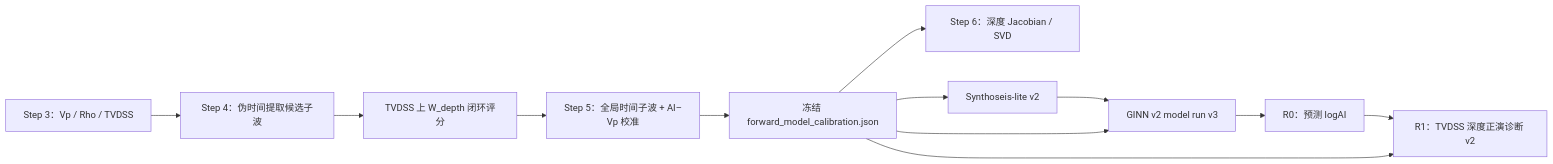
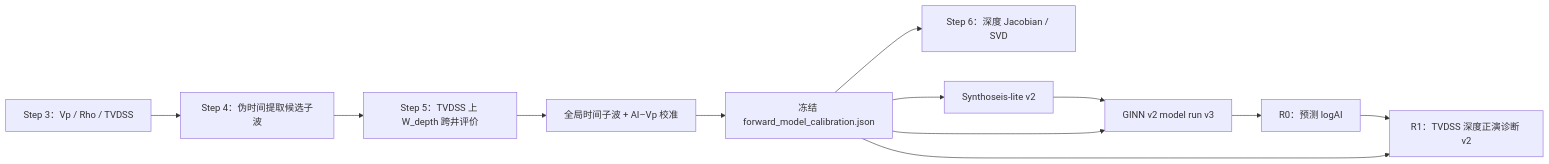
Before and after one commit to oimero/inversion_workflow: the diagram in docs/spec/DEPTH_DOMAIN_FORWARD_REFACTOR.md, drawn with Mermaid. The commit also changed other lines of this file and 19 other files, not shown here.

````diff
--- a/docs/spec/DEPTH_DOMAIN_FORWARD_REFACTOR.md
+++ b/docs/spec/DEPTH_DOMAIN_FORWARD_REFACTOR.md
@@ -386,14 +386,14 @@
 ```mermaid
 flowchart LR
     A["Step 3：Vp / Rho / TVDSS"] --> B["Step 4：伪时间提取候选子波"]
-    B --> C["TVDSS 上 W_depth 闭环评分"]
-    C --> D["Step 5：全局时间子波 + AI–Vp 校准"]
+    B --> C["Step 5：TVDSS 上 W_depth 跨井评价"]
+    C --> D["全局时间子波 + AI–Vp 校准"]
     D --> E["冻结 forward_model_calibration.json"]
     E --> F["Step 6：深度 Jacobian / SVD"]
     E --> G["Synthoseis-lite v2"]
     G --> H["GINN v2 model run v3"]
     E --> H
     H --> I["R0：预测 logAI"]
     I --> J["R1：TVDSS 深度正演诊断 v2"]
     E --> J
 ```
````
